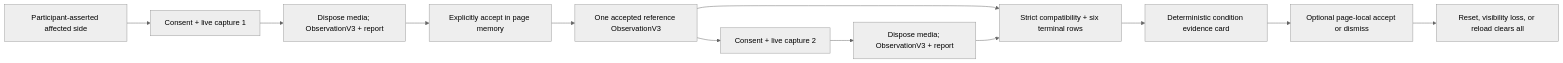
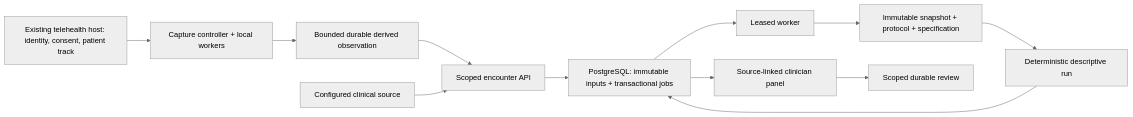
One commit to logannye/phenometrix changed the diagram in docs/architecture.md. Above: the diagram before and after it, drawn with Mermaid (neutral theme). The commit also changed other lines of this file and 103 other files, not shown here.

Commit message:
feat: add ambient encounter treatment-response architecture

````diff
--- a/docs/architecture.md
+++ b/docs/architecture.md
@@ -9,14 +12,14 @@
 ```mermaid
 flowchart LR
-    CONTEXT["Participant-asserted affected side"] --> C1["Consent + live capture 1"]
-    C1 --> O1["Dispose media; ObservationV3 + report"]
-    O1 --> ACCEPT["Explicitly accept in page memory"]
-    ACCEPT --> REF["One accepted reference ObservationV3"]
-    REF --> C2["Consent + live capture 2"]
-    C2 --> O2["Dispose media; ObservationV3 + report"]
-    REF --> COMPARE["Strict compatibility + six terminal rows"]
-    O2 --> COMPARE
-    COMPARE --> CARD["Deterministic condition evidence card"]
-    CARD --> REVIEW["Optional page-local accept or dismiss"]
-    REVIEW --> CLEAR["Reset, visibility loss, or reload clears all"]
+    HOST["Existing telehealth host: identity, consent, patient track"] --> CAPTURE["Capture controller + local workers"]
+    CAPTURE --> OBS["Bounded durable derived observation"]
+    OBS --> API["Scoped encounter API"]
+    FHIR["Configured clinical source"] --> API
+    API --> DB["PostgreSQL: immutable inputs + transactional jobs"]
+    DB --> WORKER["Leased worker"]
+    WORKER --> CORE["Immutable snapshot + protocol + specification"]
+    CORE --> RUN["Deterministic descriptive run"]
+    RUN --> DB
+    DB --> PANEL["Source-linked clinician panel"]
+    PANEL --> REVIEW["Scoped durable review"]
 ```
````
